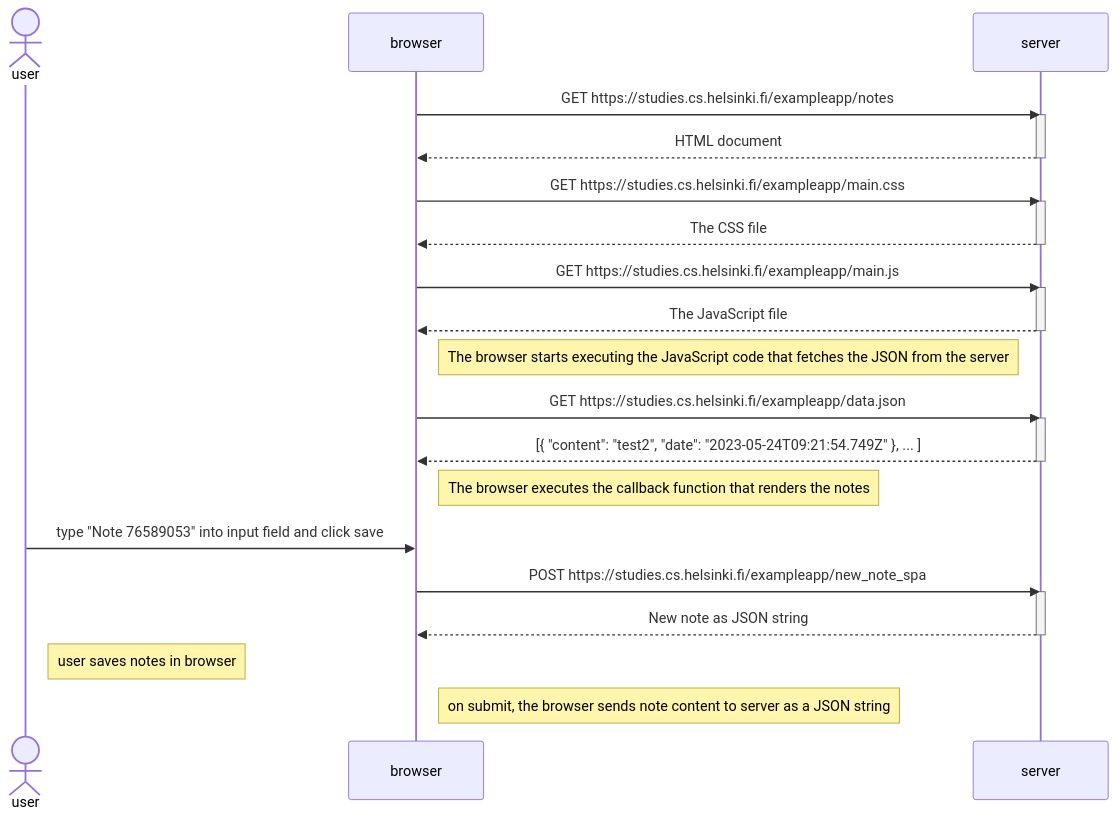
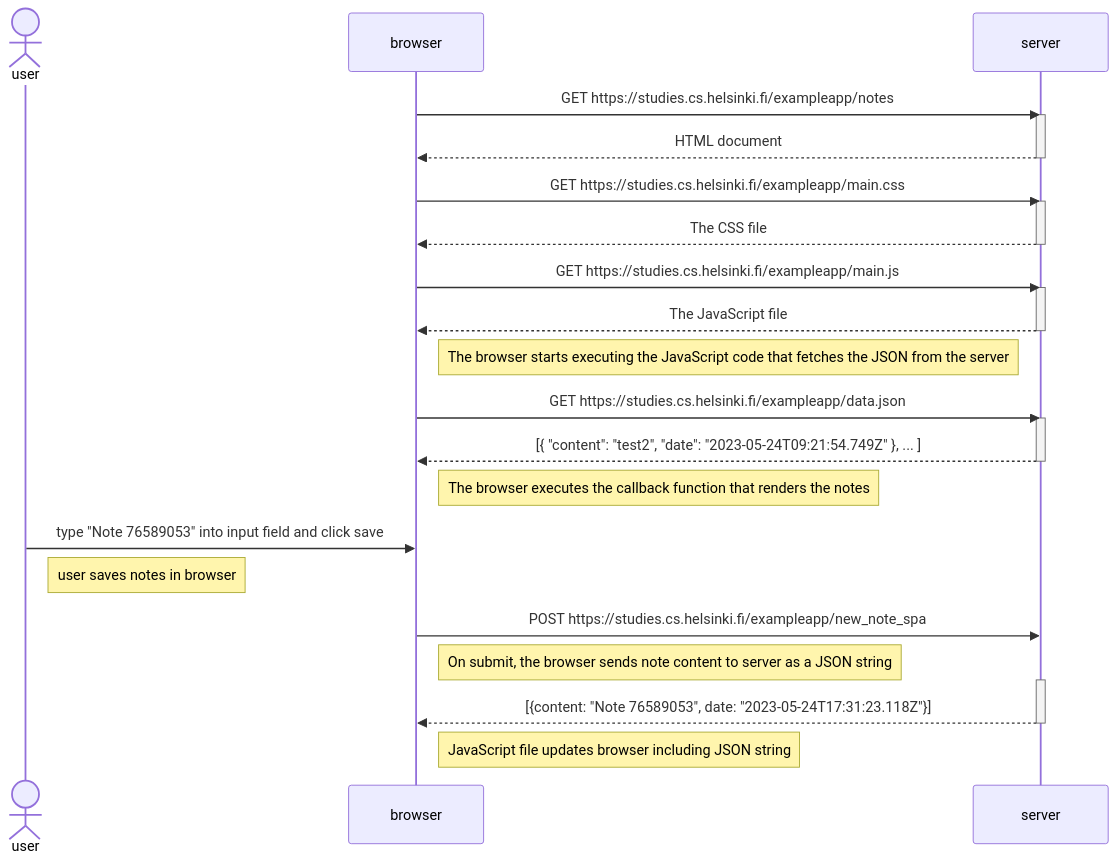
The diagram in part0/exercise6.md (AlyshaJohnson/UOH-exercises), drawn with Mermaid before and after one commit. The commit also changed 1 other file, not shown here.

Commit message:
amend formatting and wording

````diff
--- a/part0/exercise6.md
+++ b/part0/exercise6.md
@@ -1,39 +1,44 @@
 ```mermaid
     sequenceDiagram
         actor user
         participant browser
         participant server
 
         browser->>server: GET https://studies.cs.helsinki.fi/exampleapp/notes
         activate server
         server-->>browser: HTML document
         deactivate server
 
         browser->>server: GET https://studies.cs.helsinki.fi/exampleapp/main.css
         activate server
         server-->>browser: The CSS file
         deactivate server
 
         browser->>server: GET https://studies.cs.helsinki.fi/exampleapp/main.js
         activate server
         server-->>browser: The JavaScript file
         deactivate server
 
         Note right of browser: The browser starts executing the JavaScript code that fetches the JSON from the server
 
         browser->>server: GET https://studies.cs.helsinki.fi/exampleapp/data.json
         activate server
         server-->>browser: [{ "content": "test2", "date": "2023-05-24T09:21:54.749Z" }, ... ]
         deactivate server
 
         Note right of browser: The browser executes the callback function that renders the notes
 
         user->>browser: type "Note 76589053" into input field and click save
+
+        Note right of user: user saves notes in browser
+
         browser->>server: POST https://studies.cs.helsinki.fi/exampleapp/new_note_spa
+
+        Note right of browser: On submit, the browser sends note content to server as a JSON string
+
         activate server
-        server-->>browser: New note as JSON string
+        server-->>browser: [{content: "Note 76589053", date: "2023-05-24T17:31:23.118Z"}]
         deactivate server
 
-        Note right of user: user saves notes in browser
-        Note right of browser: on submit, the browser sends note content to server as a JSON string
+        Note right of browser: JavaScript file updates browser including JSON string 
 ```
````
